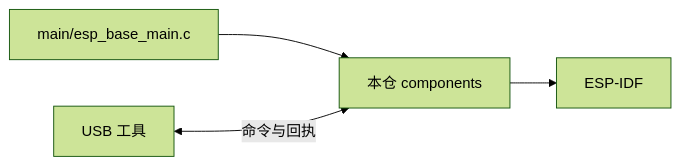
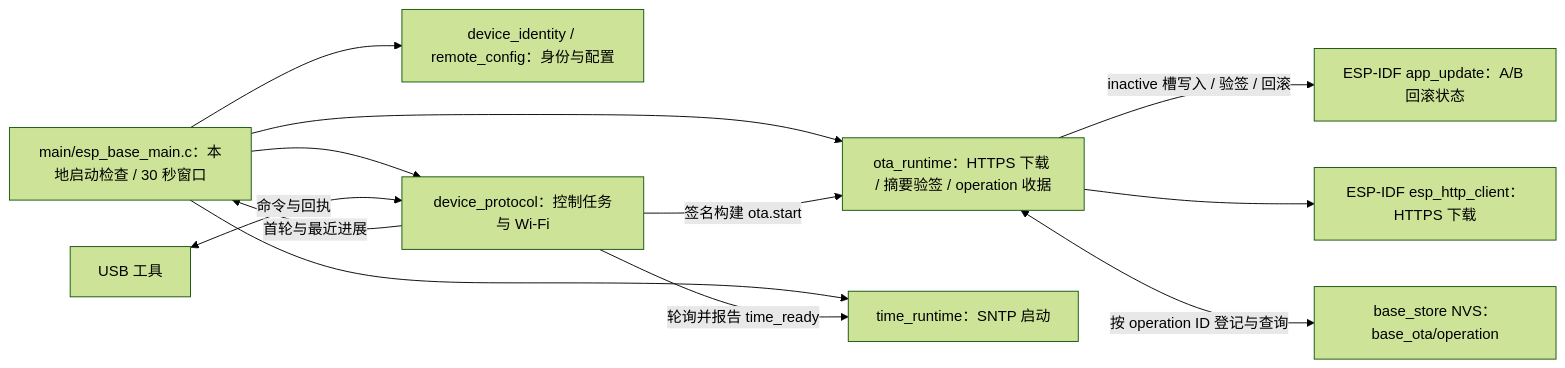
Before and after one commit to darren-you/esp-base: the diagram in firmware/apps/esp_base/README.md, drawn with Mermaid (forest theme). The commit also changed other lines of this file and 64 other files, not shown here.

````diff
--- a/firmware/apps/esp_base/README.md
+++ b/firmware/apps/esp_base/README.md
@@ -7,6 +7,14 @@
 ```mermaid
 flowchart LR
-    main["main/esp_base_main.c"] --> components["本仓 components"]
-    usb["USB 工具"] <-->|"命令与回执"| components
-    components --> sdk["ESP-IDF"]
+    main["main/esp_base_main.c：本地启动检查 / 30 秒窗口"] --> identity["device_identity / remote_config：身份与配置"]
+    main --> protocol["device_protocol：控制任务与 Wi-Fi"]
+    protocol -->|"首轮与最近进展"| main
+    main --> ota["ota_runtime：HTTPS 下载 / 摘要验签 / operation 收据"]
+    main --> time["time_runtime：SNTP 启动"]
+    protocol -->|"轮询并报告 time_ready"| time
+    usb["USB 工具"] <-->|"命令与回执"| protocol
+    ota -->|"inactive 槽写入 / 验签 / 回滚"| sdk["ESP-IDF app_update：A/B 回滚状态"]
+    protocol -->|"签名构建 ota.start"| ota
+    ota --> https["ESP-IDF esp_http_client：HTTPS 下载"]
+    ota <-->|"按 operation ID 登记与查询"| receipt["base_store NVS：base_ota/operation"]
 ```
````
